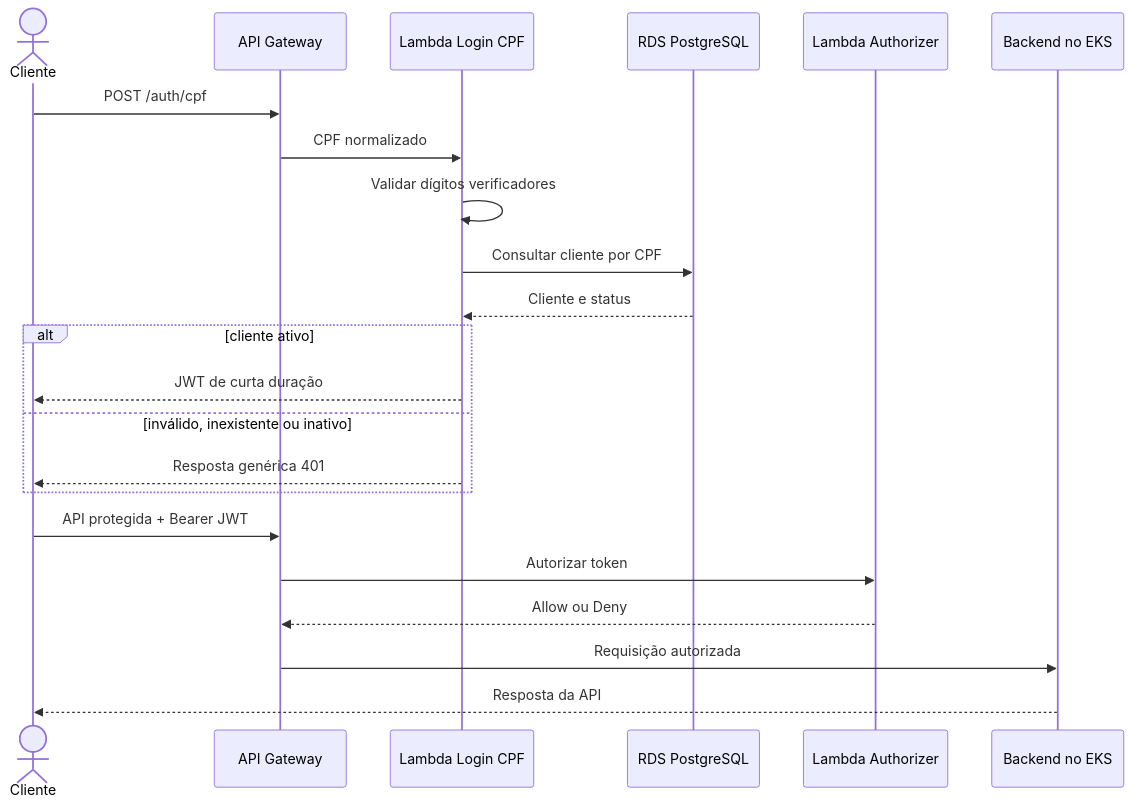
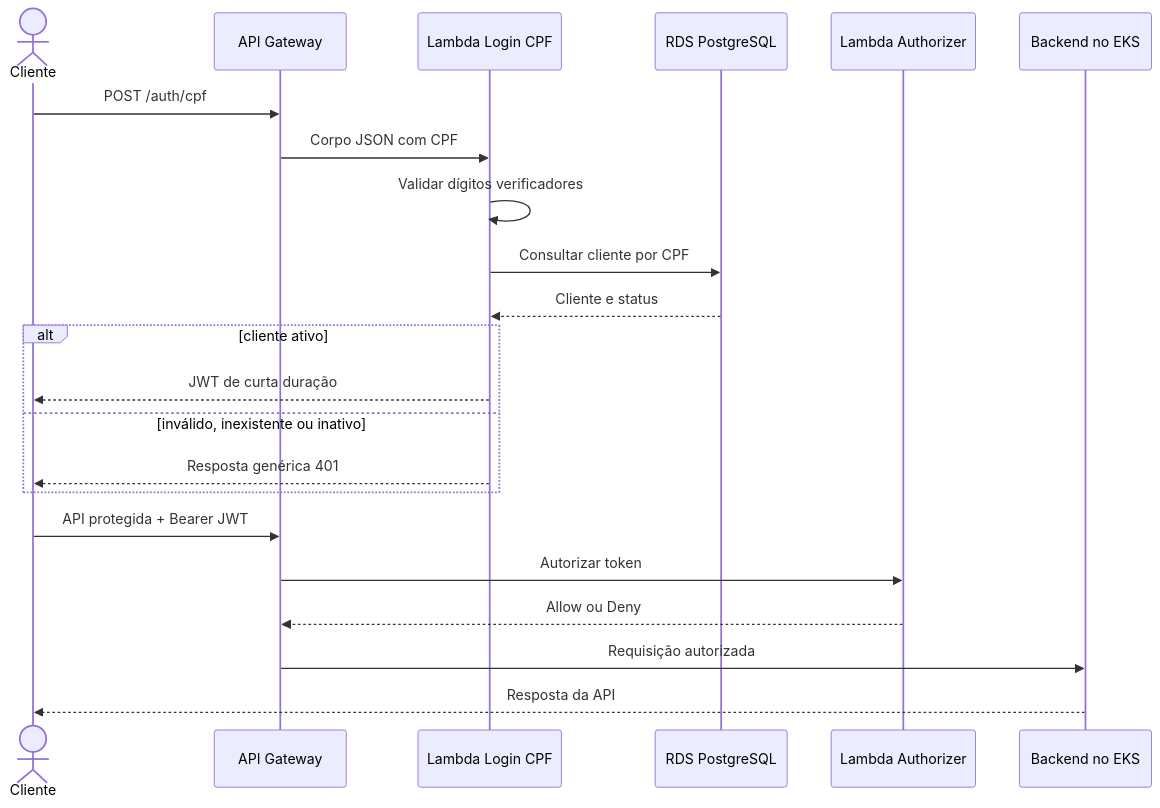
Before and after one commit to tiagomiele/oficina-backend-fiap-fase3: the diagram in docs/architecture/authentication-flow.md, drawn with Mermaid. The commit also changed other lines of this file and 27 other files, not shown here.

````diff
--- a/docs/architecture/authentication-flow.md
+++ b/docs/architecture/authentication-flow.md
@@ -5,25 +5,25 @@
 ```mermaid
 sequenceDiagram
     actor Cliente
     participant G as API Gateway
     participant L as Lambda Login CPF
     participant D as RDS PostgreSQL
     participant A as Lambda Authorizer
     participant B as Backend no EKS
 
     Cliente->>G: POST /auth/cpf
-    G->>L: CPF normalizado
+    G->>L: Corpo JSON com CPF
     L->>L: Validar dígitos verificadores
     L->>D: Consultar cliente por CPF
     D-->>L: Cliente e status
     alt cliente ativo
         L-->>Cliente: JWT de curta duração
     else inválido, inexistente ou inativo
         L-->>Cliente: Resposta genérica 401
     end
     Cliente->>G: API protegida + Bearer JWT
     G->>A: Autorizar token
     A-->>G: Allow ou Deny
     G->>B: Requisição autorizada
     B-->>Cliente: Resposta da API
 ```
````
